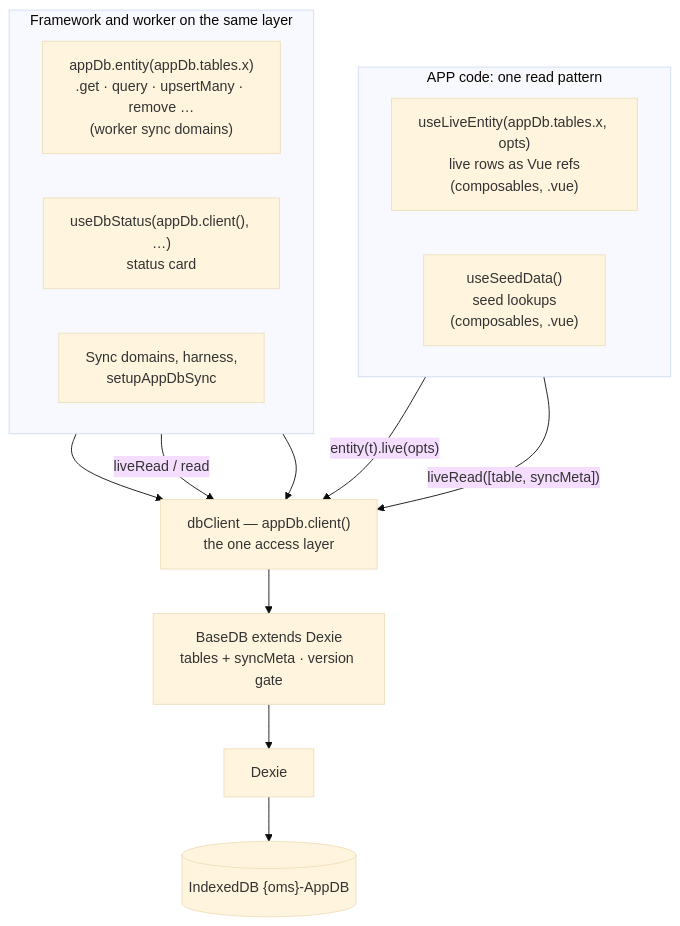
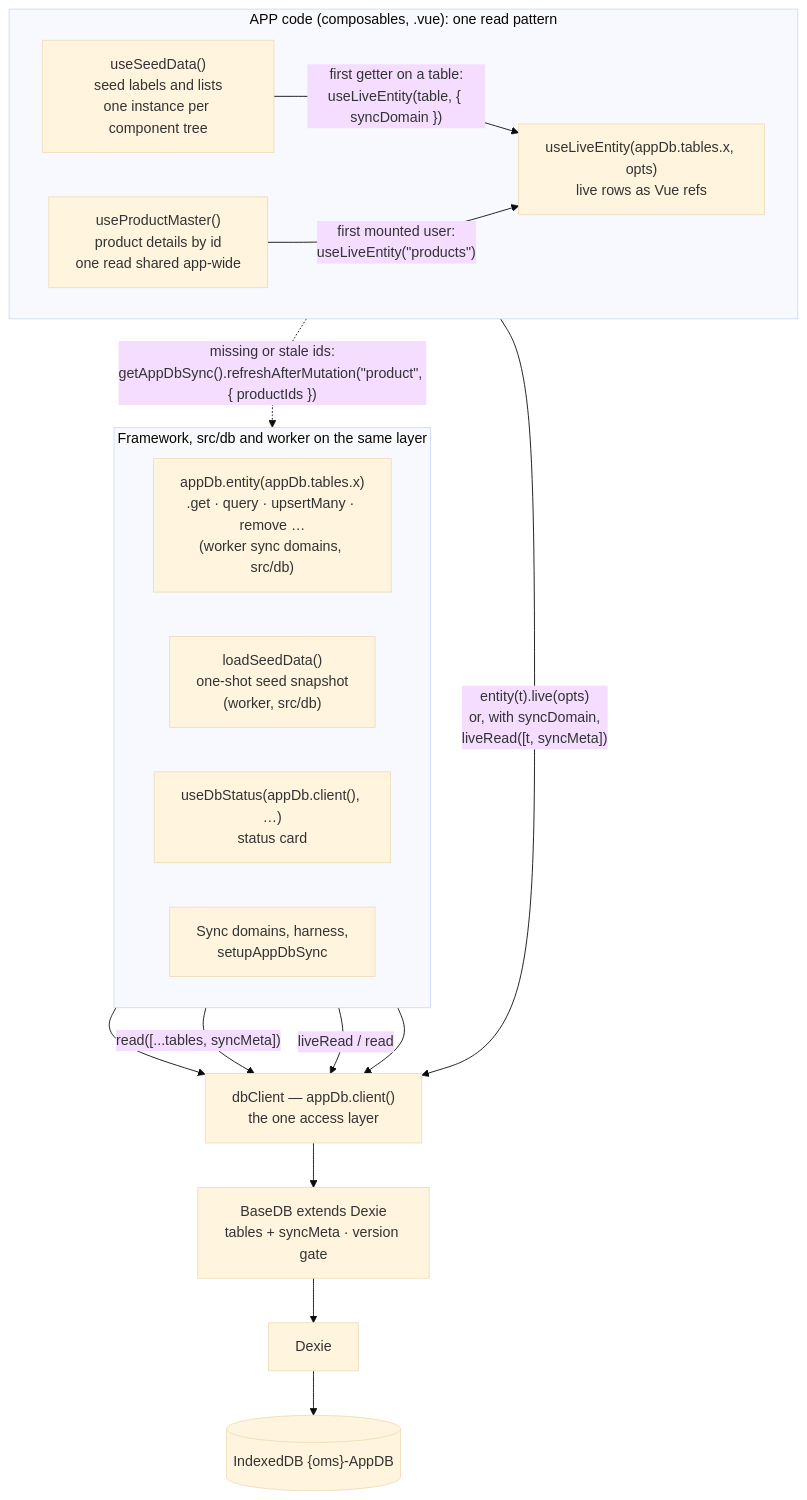
One commit to hotwax/accxui changed the second of 6 diagrams in docs/APP_DB_ARCHITECTURE.md. Above: the diagram before and after it, drawn with Mermaid (base theme). The commit also changed other lines of this file and 1 other file, not shown here.

````diff
--- a/docs/APP_DB_ARCHITECTURE.md
+++ b/docs/APP_DB_ARCHITECTURE.md
@@ -62,26 +62,31 @@
 ```mermaid
 flowchart TB
-    subgraph USE["APP code: one read pattern"]
+    subgraph USE["APP code (composables, .vue): one read pattern"]
       direction LR
-      ULE["useLiveEntity(appDb.tables.x, opts)<br/>live rows as Vue refs<br/>(composables, .vue)"]
-      USD["useSeedData()<br/>seed lookups<br/>(composables, .vue)"]
+      USD["useSeedData()<br/>seed labels and lists<br/>one instance per component tree"]
+      UPM["useProductMaster()<br/>product details by id<br/>one read shared app-wide"]
+      ULE["useLiveEntity(appDb.tables.x, opts)<br/>live rows as Vue refs"]
     end
-    subgraph CONV["Framework and worker on the same layer"]
+    subgraph CONV["Framework, src/db and worker on the same layer"]
       direction LR
-      AE["appDb.entity(appDb.tables.x)<br/>.get · query · upsertMany · remove …<br/>(worker sync domains)"]
+      AE["appDb.entity(appDb.tables.x)<br/>.get · query · upsertMany · remove …<br/>(worker sync domains, src/db)"]
+      LSD["loadSeedData()<br/>one-shot seed snapshot<br/>(worker, src/db)"]
       UDS["useDbStatus(appDb.client(), …)<br/>status card"]
       SYNC["Sync domains, harness,<br/>setupAppDbSync"]
     end
     DC["dbClient — appDb.client()<br/>the one access layer"]
     BDB["BaseDB extends Dexie<br/>tables + syncMeta · version gate"]
     DEX["Dexie"]
     IDB[("IndexedDB  {oms}-AppDB")]
 
-    ULE -- "entity(t).live(opts)" --> DC
+    USD -- "first getter on a table:<br/>useLiveEntity(table, { syncDomain })" --> ULE
+    UPM -- "first mounted user:<br/>useLiveEntity(&quot;products&quot;)" --> ULE
+    UPM -. "missing or stale ids:<br/>getAppDbSync().refreshAfterMutation(&quot;product&quot;, { productIds })" .-> SYNC
+    ULE -- "entity(t).live(opts)<br/>or, with syncDomain,<br/>liveRead([t, syncMeta])" --> DC
     AE --> DC
-    USD -- "liveRead([table, syncMeta])" --> DC
+    LSD -- "read([...tables, syncMeta])" --> DC
     UDS -- "liveRead / read" --> DC
     SYNC --> DC
     DC --> BDB
     BDB --> DEX --> IDB
 ```
````
